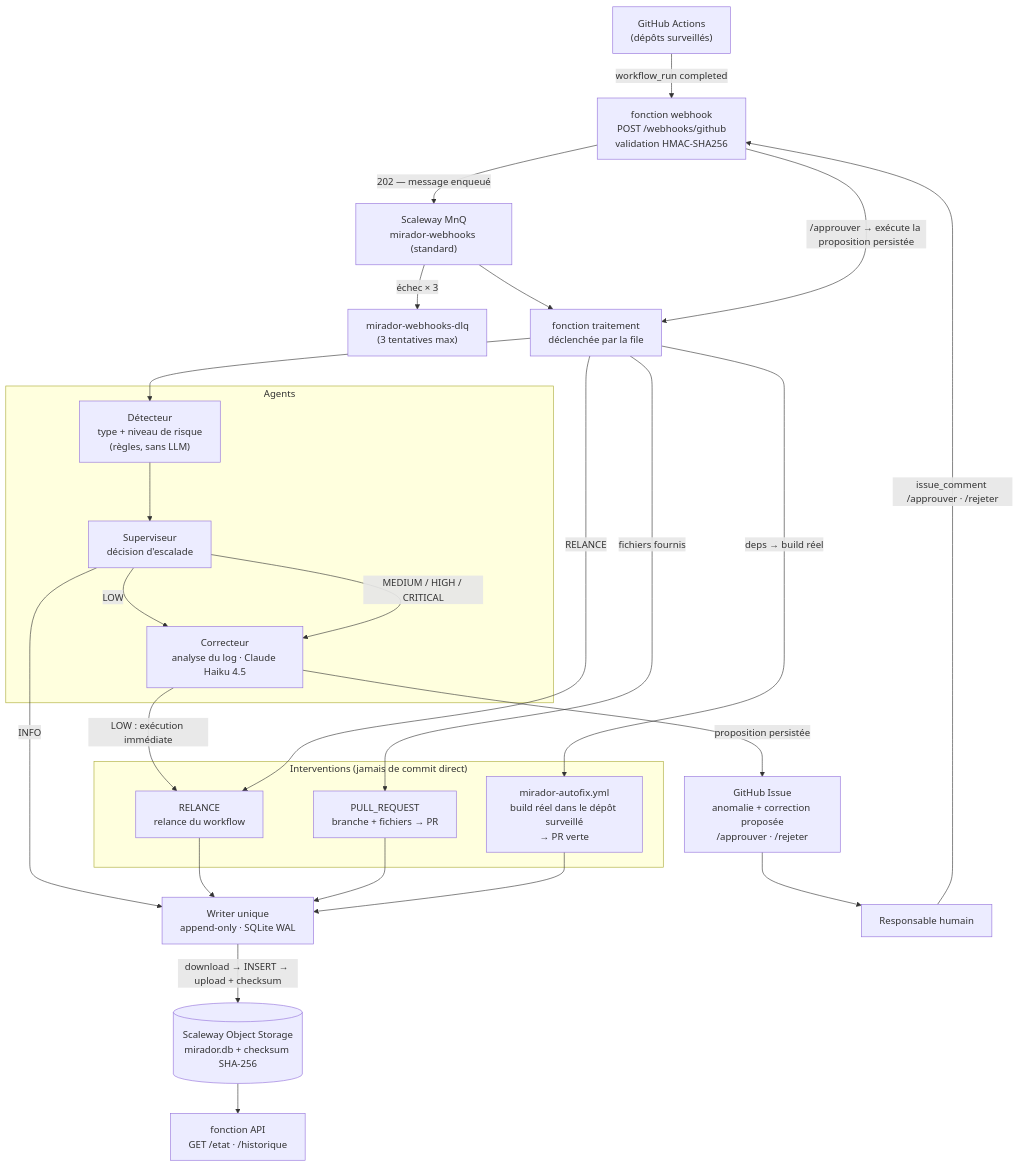
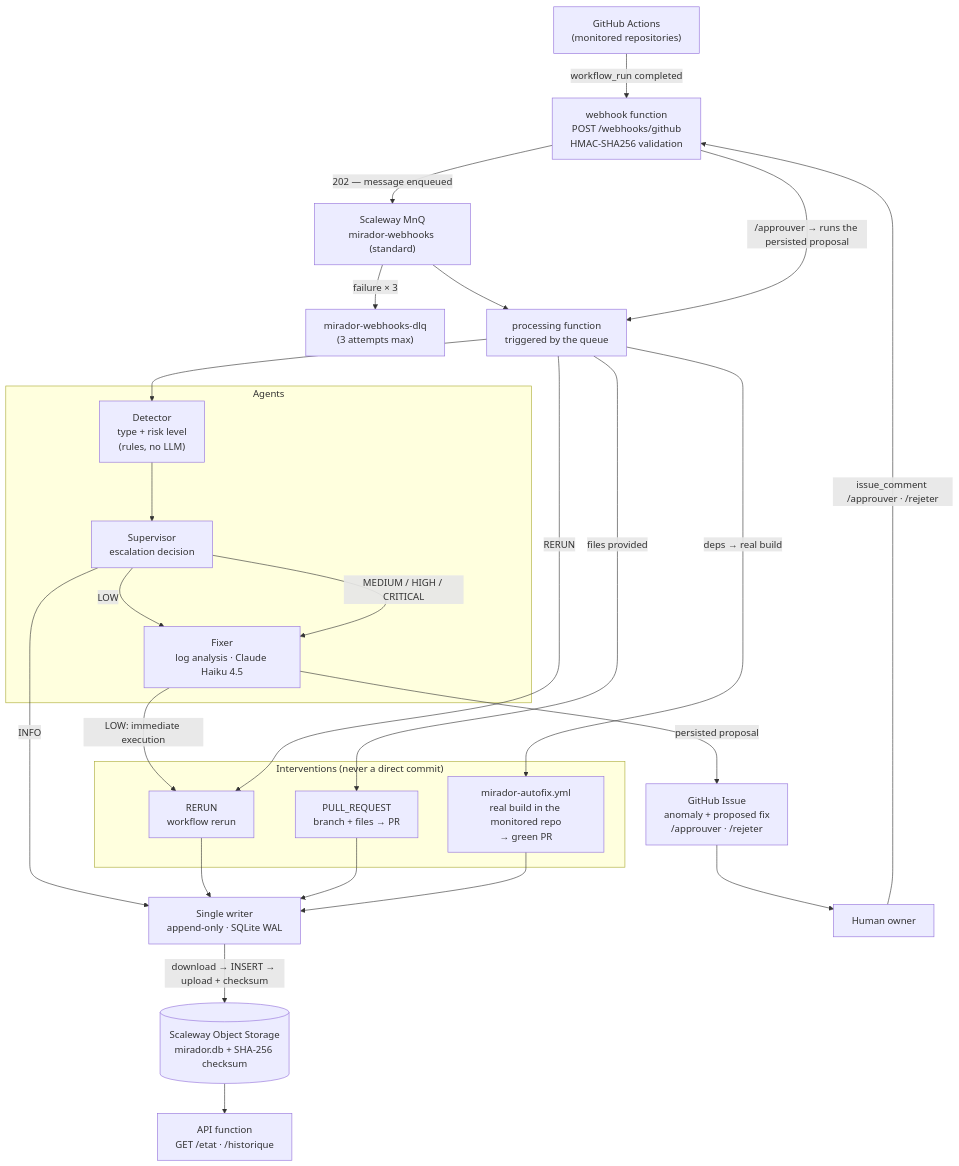
The diagram in README.md (aboigues/mirador), drawn with Mermaid before and after one commit. The commit also changed other lines of this file and 2 other files, not shown here.

````diff
--- a/README.md
+++ b/README.md
@@ -13,49 +17,49 @@
 ```mermaid
 flowchart TD
-    GH["GitHub Actions<br/>(dépôts surveillés)"]
-    WH["fonction webhook<br/>POST /webhooks/github<br/>validation HMAC-SHA256"]
+    GH["GitHub Actions<br/>(monitored repositories)"]
+    WH["webhook function<br/>POST /webhooks/github<br/>HMAC-SHA256 validation"]
     MNQ["Scaleway MnQ<br/>mirador-webhooks (standard)"]
-    DLQ1["mirador-webhooks-dlq<br/>(3 tentatives max)"]
-    TRAIT["fonction traitement<br/>déclenchée par la file"]
+    DLQ1["mirador-webhooks-dlq<br/>(3 attempts max)"]
+    TRAIT["processing function<br/>triggered by the queue"]
 
     subgraph Agents["Agents"]
-        DET["Détecteur<br/>type + niveau de risque<br/>(règles, sans LLM)"]
-        SUP["Superviseur<br/>décision d'escalade"]
-        CORR["Correcteur<br/>analyse du log · Claude Haiku 4.5"]
+        DET["Detector<br/>type + risk level<br/>(rules, no LLM)"]
+        SUP["Supervisor<br/>escalation decision"]
+        CORR["Fixer<br/>log analysis · Claude Haiku 4.5"]
     end
 
-    subgraph Actions["Interventions (jamais de commit direct)"]
-        RELANCE["RELANCE<br/>relance du workflow"]
-        AUTOFIX["mirador-autofix.yml<br/>build réel dans le dépôt surveillé<br/>→ PR verte"]
-        PR["PULL_REQUEST<br/>branche + fichiers → PR"]
+    subgraph Actions["Interventions (never a direct commit)"]
+        RELANCE["RERUN<br/>workflow rerun"]
+        AUTOFIX["mirador-autofix.yml<br/>real build in the monitored repo<br/>→ green PR"]
+        PR["PULL_REQUEST<br/>branch + files → PR"]
     end
 
-    WRITER["Writer unique<br/>append-only · SQLite WAL"]
-    BUCKET[("Scaleway Object Storage<br/>mirador.db + checksum SHA-256")]
-    API["fonction API<br/>GET /etat · /historique"]
-    ISSUE["GitHub Issue<br/>anomalie + correction proposée<br/>/approuver · /rejeter"]
-    HUMAIN["Responsable humain"]
+    WRITER["Single writer<br/>append-only · SQLite WAL"]
+    BUCKET[("Scaleway Object Storage<br/>mirador.db + SHA-256 checksum")]
+    API["API function<br/>GET /etat · /historique"]
+    ISSUE["GitHub Issue<br/>anomaly + proposed fix<br/>/approuver · /rejeter"]
+    HUMAIN["Human owner"]
 
     GH -->|"workflow_run completed"| WH
-    WH -->|"202 — message enqueué"| MNQ
-    MNQ -->|"échec × 3"| DLQ1
+    WH -->|"202 — message enqueued"| MNQ
+    MNQ -->|"failure × 3"| DLQ1
     MNQ --> TRAIT
     TRAIT --> DET
     DET --> SUP
     SUP -->|"INFO"| WRITER
     SUP -->|"LOW"| CORR
     SUP -->|"MEDIUM / HIGH / CRITICAL"| CORR
-    CORR -->|"LOW : exécution immédiate"| RELANCE
-    CORR -->|"proposition persistée"| ISSUE
+    CORR -->|"LOW: immediate execution"| RELANCE
+    CORR -->|"persisted proposal"| ISSUE
     ISSUE --> HUMAIN
     HUMAIN -->|"issue_comment /approuver · /rejeter"| WH
-    WH -->|"/approuver → exécute la proposition persistée"| TRAIT
-    TRAIT -->|"deps → build réel"| AUTOFIX
-    TRAIT -->|"fichiers fournis"| PR
-    TRAIT -->|"RELANCE"| RELANCE
+    WH -->|"/approuver → runs the persisted proposal"| TRAIT
+    TRAIT -->|"deps → real build"| AUTOFIX
+    TRAIT -->|"files provided"| PR
+    TRAIT -->|"RERUN"| RELANCE
     RELANCE --> WRITER
     PR --> WRITER
     AUTOFIX --> WRITER
     WRITER -->|"download → INSERT → upload + checksum"| BUCKET
     BUCKET --> API
 ```
````
